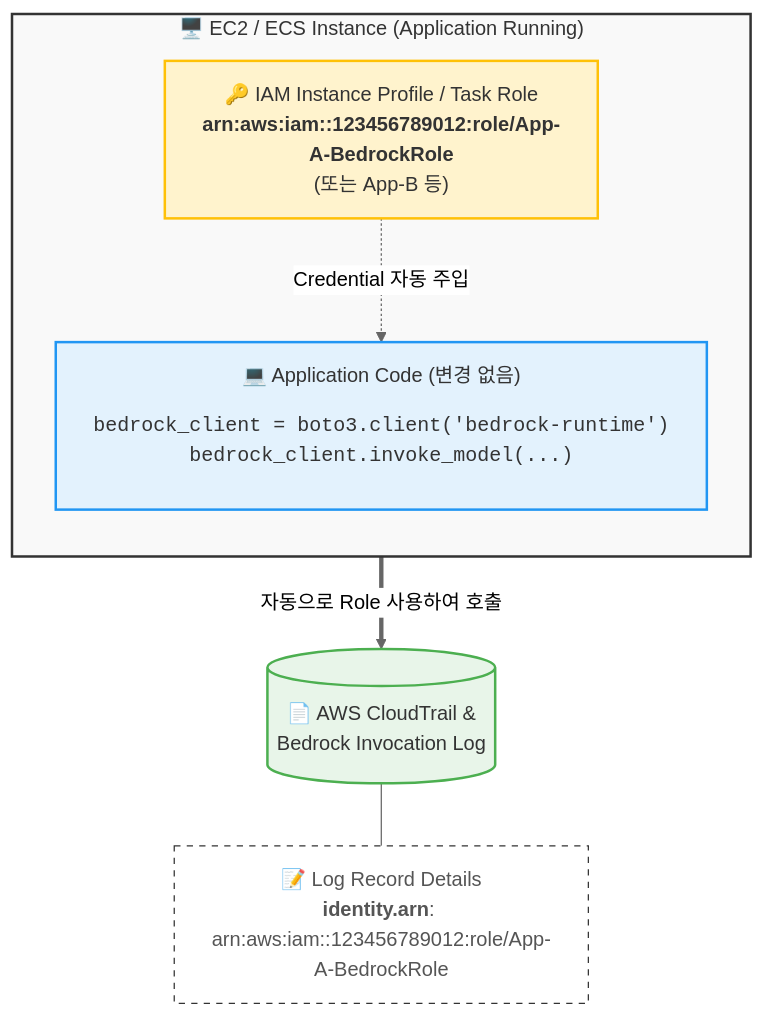
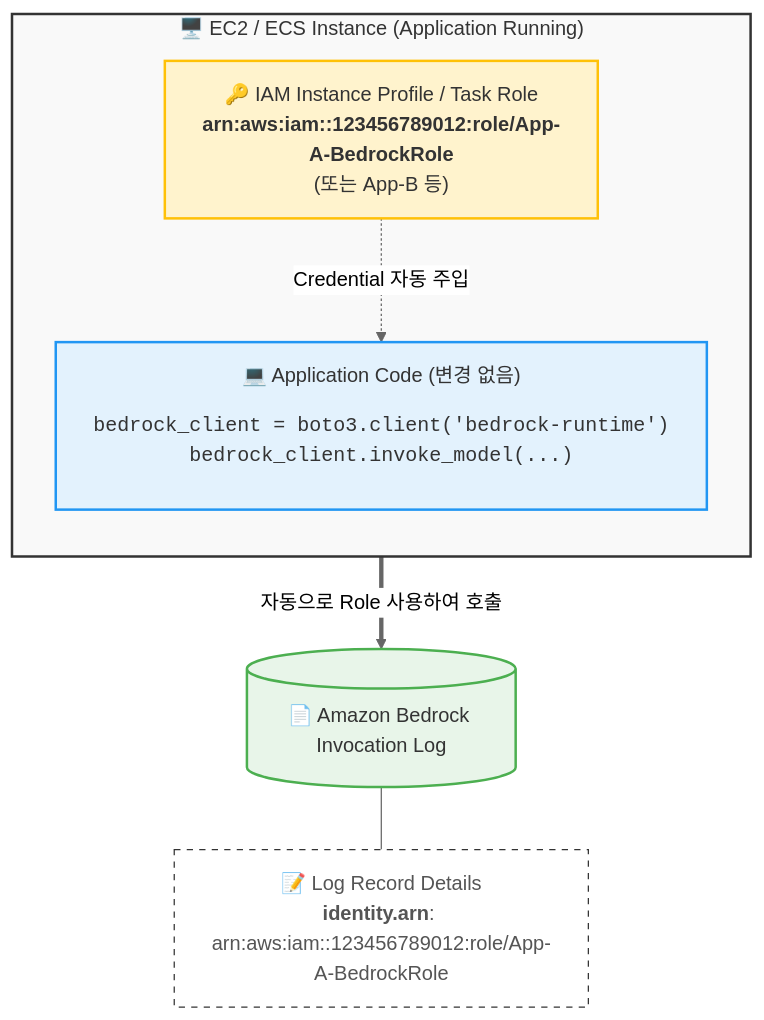
The diagram in bedrock_identity_flow.md (heungh/bedrock_usage), drawn with Mermaid (neutral theme) before and after one commit.

````diff
--- a/bedrock_identity_flow.md
+++ b/bedrock_identity_flow.md
@@ -5,36 +5,36 @@
 ```mermaid
 graph TD
     %% 스타일 정의
     classDef container fill:#f9f9f9,stroke:#333,stroke-width:2px,color:#333;
     classDef role fill:#fff3cd,stroke:#ffc107,stroke-width:2px,color:#333;
     classDef code fill:#e3f2fd,stroke:#2196f3,stroke-width:2px,color:#333;
     classDef log fill:#e8f5e9,stroke:#4caf50,stroke-width:2px,color:#333;
     classDef record fill:#fff,stroke:#333,stroke-dasharray: 5 5,color:#555;
 
     %% 컴퓨팅 환경 서브그래프
     subgraph Compute["🖥️ EC2 / ECS Instance (Application Running)"]
         direction TB
         
         Role["🔑 IAM Instance Profile / Task Role<br/><b>arn:aws:iam::123456789012:role/App-A-BedrockRole</b><br/>(또는 App-B 등)"]
         
         Code["💻 Application Code (변경 없음)<br/><pre>bedrock_client = boto3.client('bedrock-runtime')<br/>bedrock_client.invoke_model(...)</pre>"]
         
         Role -.->|Credential 자동 주입| Code
     end
 
     %% 로그 및 결과
-    Logs[("📄 AWS CloudTrail &<br/>Bedrock Invocation Log")]
+    Logs[("📄 Amazon Bedrock Invocation Log")]
     
     LogRecord["📝 Log Record Details<br/><b>identity.arn</b>: <br/>arn:aws:iam::123456789012:role/App-A-BedrockRole"]
 
     %% 흐름 연결
     Code ==>|자동으로 Role 사용하여 호출| Logs
     Logs --- LogRecord
 
     %% 클래스 적용
     class Compute container;
     class Role role;
     class Code code;
     class Logs log;
     class LogRecord record;
 ```
````
